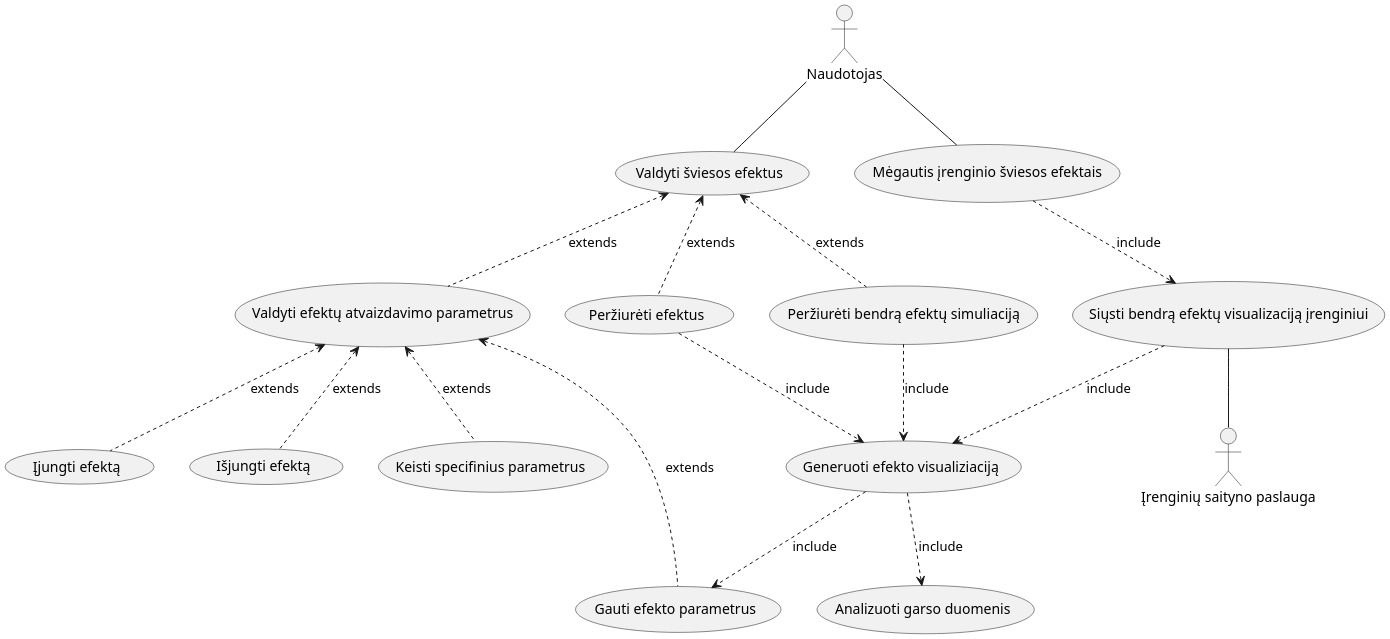
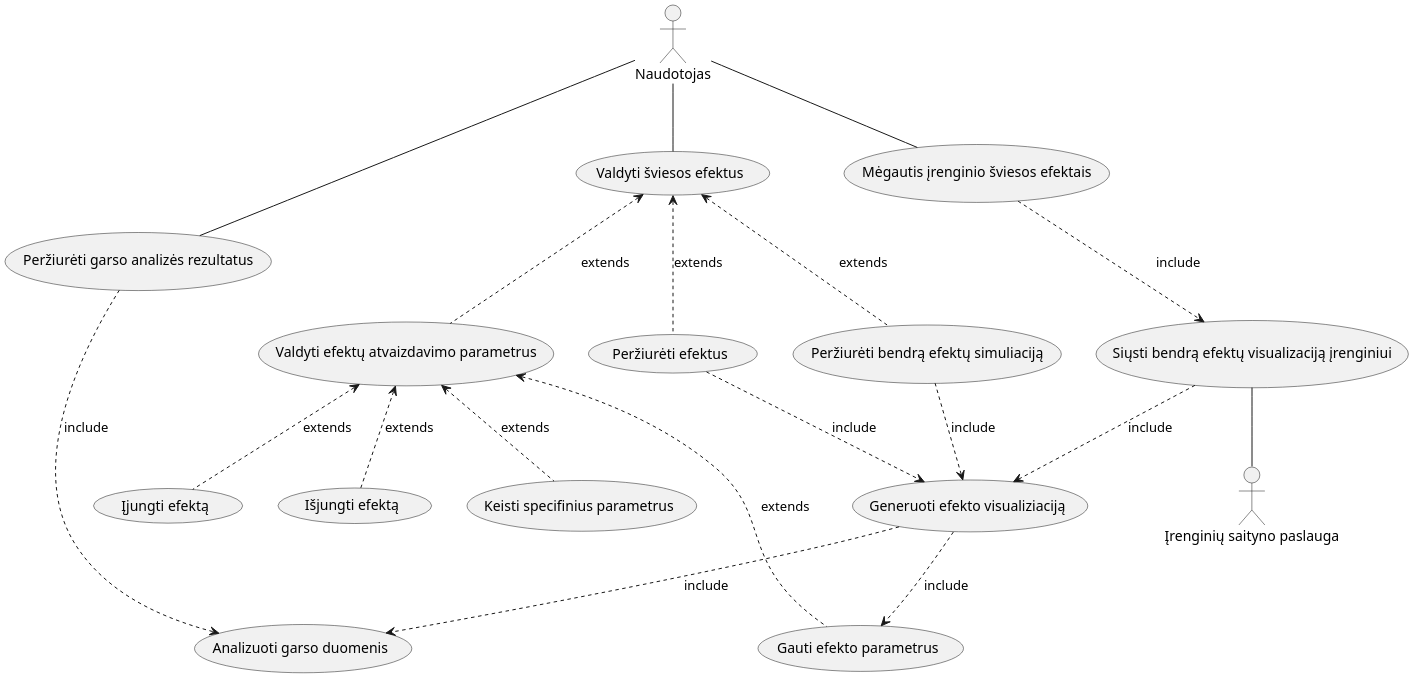
One commit to simonas-dev/light-square changed the diagram in docs/use_cases_light_sq.wsd. Above: the diagram before and after it, drawn with PlantUML. The commit also changed 100 other files, not shown here.

```diff
--- a/docs/use_cases_light_sq.wsd
+++ b/docs/use_cases_light_sq.wsd
@@ -1,47 +1,51 @@
 @startuml Panaudojimo Atvėjai
 scale 2
 
 actor :Naudotojas: as client
 actor :Įrenginių saityno paslauga: as box_client
 
+(Peržiurėti garso analizės rezultatus) as (system_audio)
 (Valdyti šviesos efektus) as (control_effects)
 (Mėgautis įrenginio šviesos efektais) as (effect_enjoy)
 
 ' EFFECTS
 client -- control_effects
 
 (Valdyti efektų atvaizdavimo parametrus) as (effects_params_edit)
 (Peržiurėti efektus) as (effects_view_avialable)
 (Peržiurėti bendrą efektų simuliaciją) as (effect_mix_stage)
 
 control_effects <.down. (effects_params_edit) : extends
 control_effects <.down. effects_view_avialable : extends
 control_effects <.down. effect_mix_stage : extends
 
 (Generuoti efekto visualiziaciją) as (effect_generate)
 (Įjungti efektą) as (effects_auto_generation_on)
 (Išjungti efektą) as (effects_auto_generation_off)
 (Keisti specifinius parametrus) as (effects_auto_generation_custom_params)
 (Gauti efekto parametrus) as (effects_get_custom_params)
 (Analizuoti garso duomenis) as (effects_analyze_audio)
 
+client -- system_audio
+system_audio .> effects_analyze_audio : include
+
 effects_params_edit <.down. (effects_auto_generation_on) : extends
 effects_params_edit <.down. (effects_auto_generation_off) : extends
 effects_params_edit <.down. (effects_auto_generation_custom_params) : extends
 effects_params_edit <.down. (effects_get_custom_params) : extends
 
 effect_mix_stage .down.> effect_generate : include
 effects_view_avialable .down.> effect_generate : include
 effect_generate .down.> effects_analyze_audio : include
 effect_generate .down.> effects_get_custom_params : include
 
 ' PRODUCT
 client -- effect_enjoy
 
 (Siųsti bendrą efektų visualizaciją įrenginiui) as (effect_send_mix)
 effect_send_mix -- box_client
 
 effect_enjoy .down.> effect_send_mix : include
 effect_send_mix .down.> effect_generate : include
 
 @enduml
```
